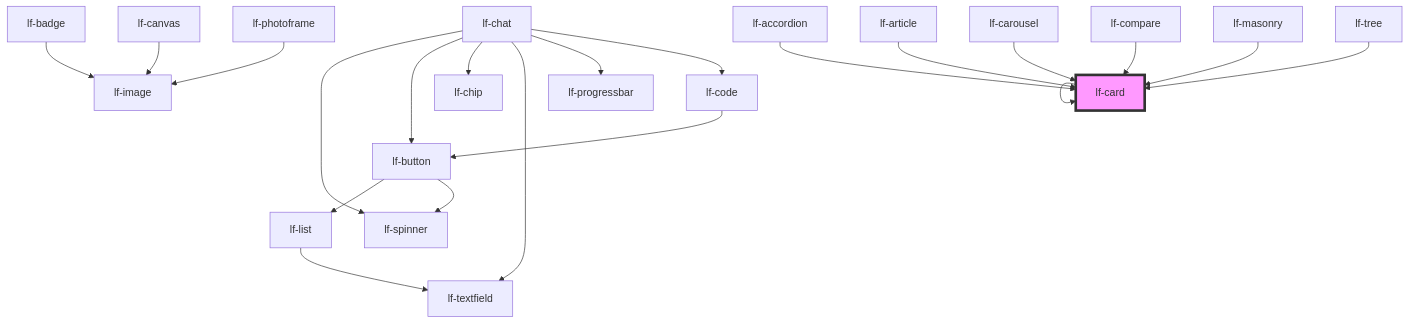
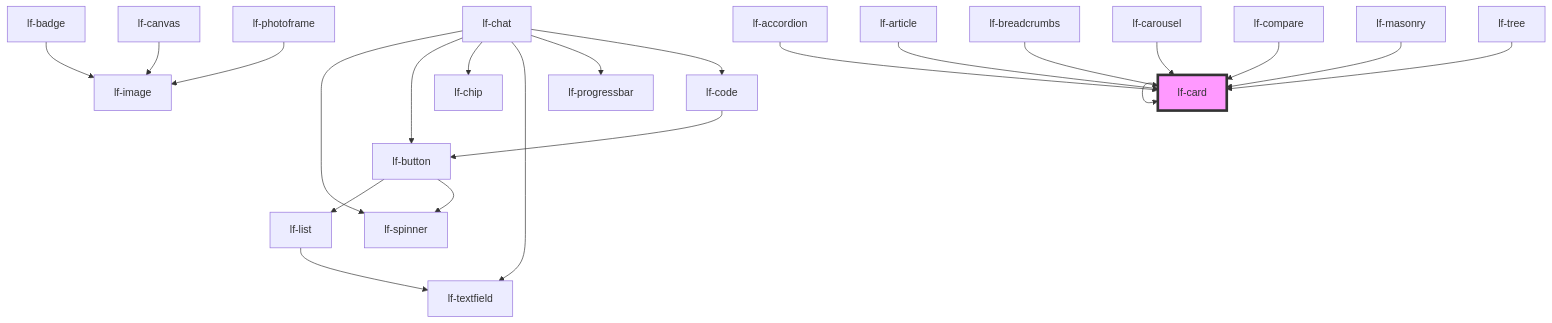
One commit to lucafoscili/lf-widgets changed the diagram in packages/core/src/components/lf-card/readme.md. Above: the diagram before and after it, drawn with Mermaid. The commit also changed other lines of this file and 17 other files, not shown here.

````diff
--- a/packages/core/src/components/lf-card/readme.md
+++ b/packages/core/src/components/lf-card/readme.md
@@ -137,24 +138,25 @@
 ```mermaid
 graph TD;
   lf-card --> lf-card
   lf-badge --> lf-image
   lf-button --> lf-list
   lf-button --> lf-spinner
   lf-list --> lf-textfield
   lf-canvas --> lf-image
   lf-chat --> lf-spinner
   lf-chat --> lf-button
   lf-chat --> lf-chip
   lf-chat --> lf-textfield
   lf-chat --> lf-progressbar
   lf-chat --> lf-code
   lf-code --> lf-button
   lf-photoframe --> lf-image
   lf-accordion --> lf-card
   lf-article --> lf-card
+  lf-breadcrumbs --> lf-card
   lf-carousel --> lf-card
   lf-compare --> lf-card
   lf-masonry --> lf-card
   lf-tree --> lf-card
   style lf-card fill:#f9f,stroke:#333,stroke-width:4px
 ```
````
